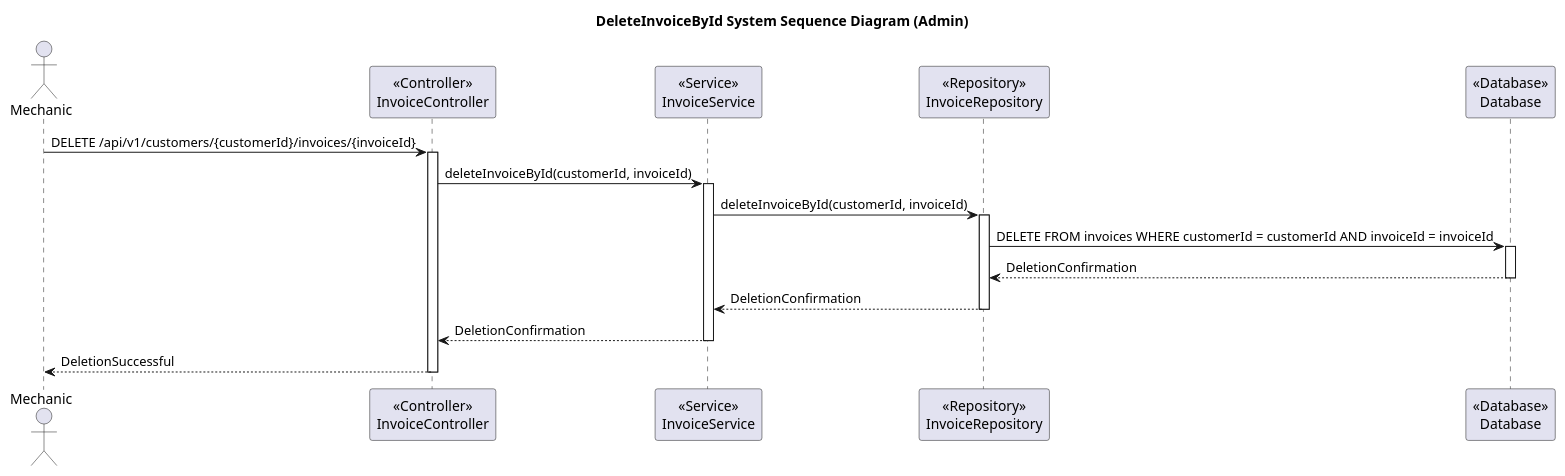
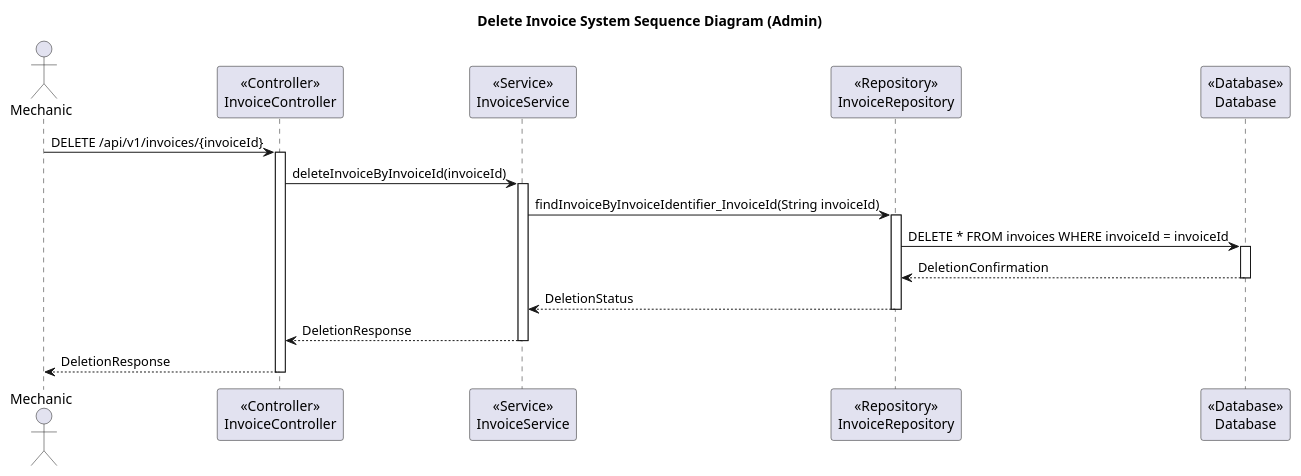
Before and after one commit to Iantomasi/ateliermecanique-ws: the diagram in diagrams/1-mechanic/Invoices/DeleteInvoice/1-DeleteInvoiceByIdSystemSequenceDiagram.puml, drawn with PlantUML. The commit also changed 52 other files, not shown here.

```diff
--- a/diagrams/1-mechanic/Invoices/DeleteInvoice/1-DeleteInvoiceByIdSystemSequenceDiagram.puml
+++ b/diagrams/1-mechanic/Invoices/DeleteInvoice/1-DeleteInvoiceByIdSystemSequenceDiagram.puml
@@ -1,34 +1,34 @@
 @startuml
-title DeleteInvoiceById System Sequence Diagram (Admin)
+title Delete Invoice System Sequence Diagram (Admin)
 
 actor Mechanic
 
 participant InvoiceController as "<<Controller>>\nInvoiceController"
 participant InvoiceService as "<<Service>>\nInvoiceService"
 participant InvoiceRepository as "<<Repository>>\nInvoiceRepository"
 participant Database as "<<Database>>\nDatabase"
 
-Mechanic -> InvoiceController: DELETE /api/v1/customers/{customerId}/invoices/{invoiceId}
+Mechanic -> InvoiceController: DELETE /api/v1/invoices/{invoiceId}
 activate InvoiceController
 
-InvoiceController -> InvoiceService: deleteInvoiceById(customerId, invoiceId)
+InvoiceController -> InvoiceService: deleteInvoiceByInvoiceId(invoiceId)
 activate InvoiceService
 
-InvoiceService -> InvoiceRepository: deleteInvoiceById(customerId, invoiceId)
+InvoiceService -> InvoiceRepository: findInvoiceByInvoiceIdentifier_InvoiceId(String invoiceId)
 activate InvoiceRepository
 
-InvoiceRepository -> Database: DELETE FROM invoices WHERE customerId = customerId AND invoiceId = invoiceId
+InvoiceRepository -> Database: DELETE * FROM invoices WHERE invoiceId = invoiceId
 activate Database
 
 Database --> InvoiceRepository: DeletionConfirmation
 deactivate Database
 
-InvoiceRepository --> InvoiceService: DeletionConfirmation
+InvoiceRepository --> InvoiceService: DeletionStatus
 deactivate InvoiceRepository
 
-InvoiceService --> InvoiceController: DeletionConfirmation
+InvoiceService --> InvoiceController: DeletionResponse
 deactivate InvoiceService
 
-InvoiceController --> Mechanic: DeletionSuccessful
+InvoiceController --> Mechanic: DeletionResponse
 deactivate InvoiceController
 @enduml
```
